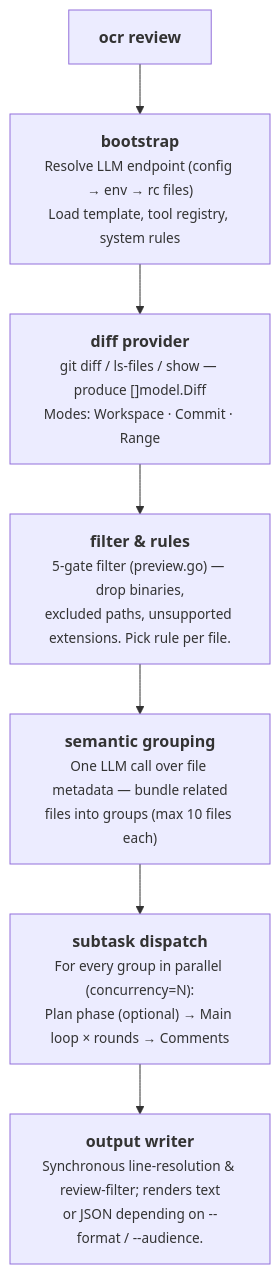
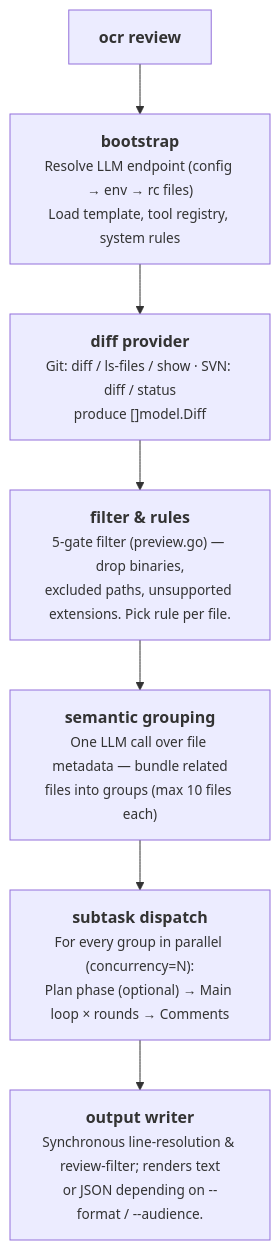
Before and after one commit to Qiyuanqiii/open-code-review: the first of 2 diagrams in pages/src/content/docs/en/architecture.md, drawn with Mermaid. The commit also changed other lines of this file and 71 other files, not shown here.

````diff
--- a/pages/src/content/docs/en/architecture.md
+++ b/pages/src/content/docs/en/architecture.md
@@ -14,12 +14,12 @@
 ```mermaid
 flowchart TD
     A["<b>ocr review</b>"]
     B["<b>bootstrap</b><br/><span style='font-size:0.85em'>Resolve LLM endpoint (config → env → rc files)<br/>Load template, tool registry, system rules</span>"]
-    C["<b>diff provider</b><br/><span style='font-size:0.85em'>git diff / ls-files / show — produce []model.Diff<br/>Modes: Workspace · Commit · Range</span>"]
+    C["<b>diff provider</b><br/><span style='font-size:0.85em'>Git: diff / ls-files / show · SVN: diff / status<br/>produce []model.Diff</span>"]
     D["<b>filter & rules</b><br/><span style='font-size:0.85em'>5-gate filter (preview.go) — drop binaries,<br/>excluded paths, unsupported extensions. Pick rule per file.</span>"]
     D2["<b>semantic grouping</b><br/><span style='font-size:0.85em'>One LLM call over file metadata — bundle related<br/>files into groups (max 10 files each)</span>"]
     E["<b>subtask dispatch</b><br/><span style='font-size:0.85em'>For every group in parallel (concurrency=N):<br/>Plan phase (optional) → Main loop × rounds → Comments</span>"]
     F["<b>output writer</b><br/><span style='font-size:0.85em'>Synchronous line-resolution & review-filter; renders text<br/>or JSON depending on --format / --audience.</span>"]
 
     A --> B --> C --> D --> D2 --> E --> F
 ```
````
